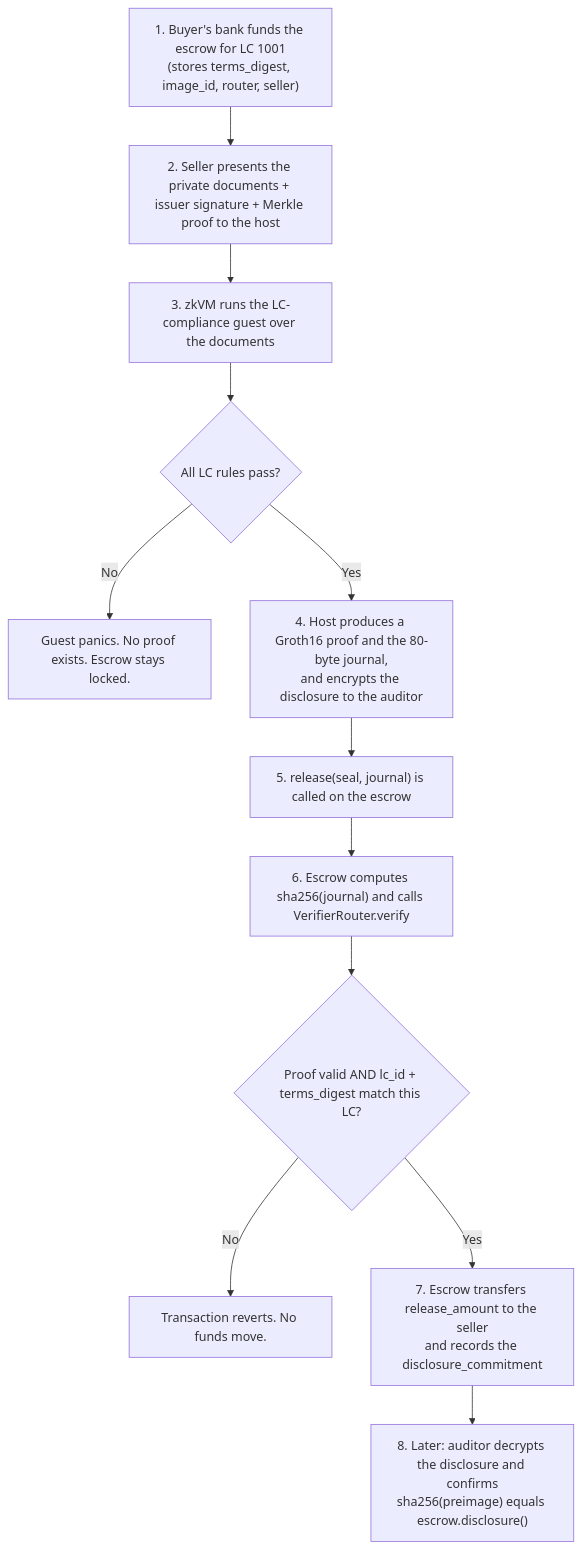
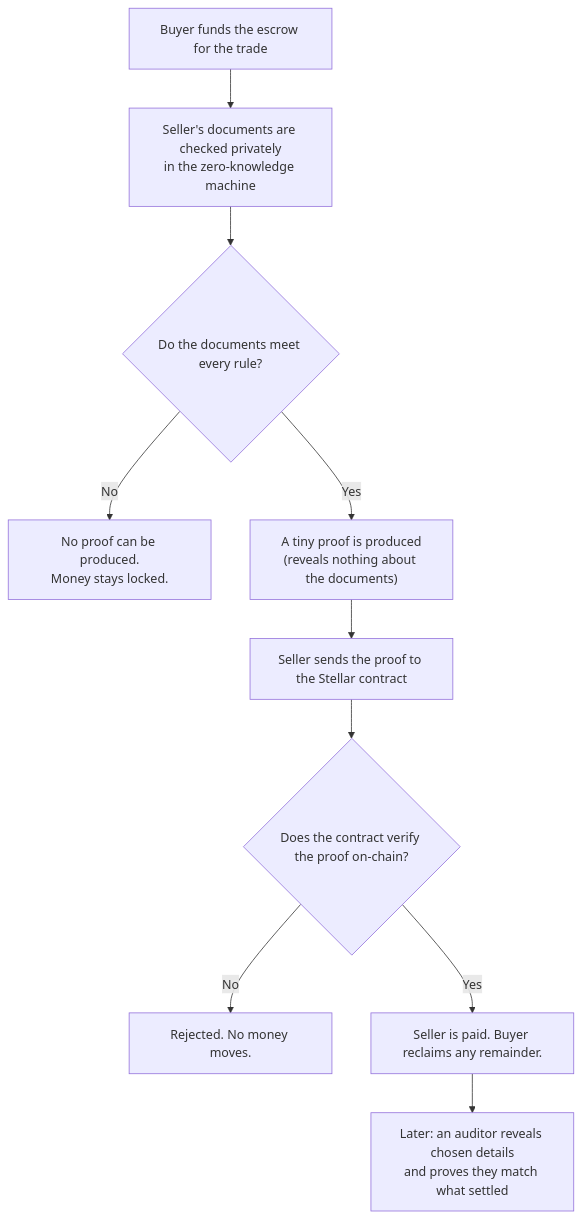
One commit to FlemingJohn/bill-of-zero changed the second of 2 diagrams in README.md. Above: the diagram before and after it, drawn with Mermaid. The commit also changed other lines of this file, not shown here.

First line of the commit message:
docs: judge-friendly README — plain-language summary, live-proof links, de-jargoned diagrams

````diff
--- a/README.md
+++ b/README.md
@@ -112,21 +120,19 @@
 ```mermaid
 flowchart TD
-    A["1. Buyer's bank funds the escrow for LC 1001<br/>(stores terms_digest, image_id, router, seller)"]
-    B["2. Seller presents the private documents + issuer signature + Merkle proof to the host"]
-    C["3. zkVM runs the LC-compliance guest over the documents"]
-    D{"All LC rules pass?"}
-    E["Guest panics. No proof exists. Escrow stays locked."]
-    F["4. Host produces a Groth16 proof and the 80-byte journal,<br/>and encrypts the disclosure to the auditor"]
-    G["5. release(seal, journal) is called on the escrow"]
-    H["6. Escrow computes sha256(journal) and calls VerifierRouter.verify"]
-    I{"Proof valid AND lc_id + terms_digest match this LC?"}
-    J["Transaction reverts. No funds move."]
-    K["7. Escrow transfers release_amount to the seller<br/>and records the disclosure_commitment"]
-    L["8. Later: auditor decrypts the disclosure and confirms<br/>sha256(preimage) equals escrow.disclosure()"]
+    A["Buyer funds the escrow for the trade"]
+    B["Seller's documents are checked privately<br/>in the zero-knowledge machine"]
+    D{"Do the documents meet every rule?"}
+    E["No proof can be produced.<br/>Money stays locked."]
+    F["A tiny proof is produced<br/>(reveals nothing about the documents)"]
+    G["Seller sends the proof to the Stellar contract"]
+    I{"Does the contract verify the proof on-chain?"}
+    J["Rejected. No money moves."]
+    K["Seller is paid. Buyer reclaims any remainder."]
+    L["Later: an auditor reveals chosen details<br/>and proves they match what settled"]
 
-    A --> B --> C --> D
+    A --> B --> D
     D -- No --> E
-    D -- Yes --> F --> G --> H --> I
+    D -- Yes --> F --> G --> I
     I -- No --> J
     I -- Yes --> K --> L
 ```
````
